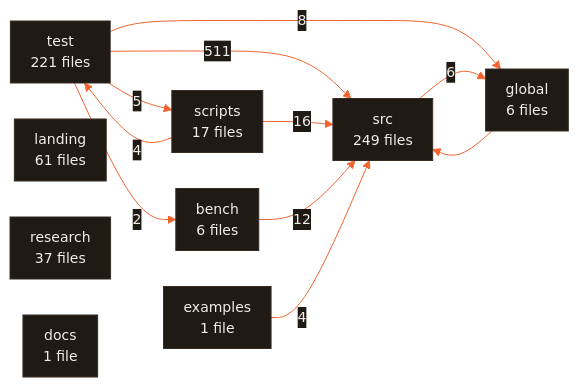
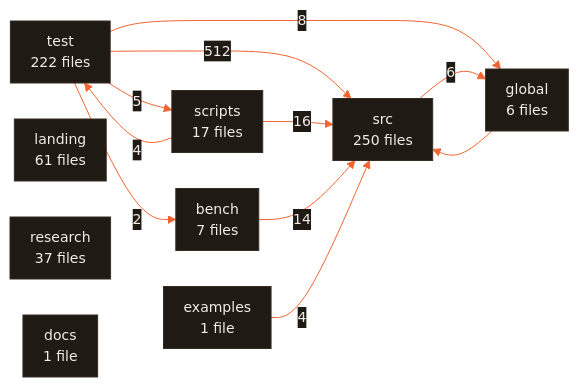
The diagram in ARCHITECTURE.md (CodeWithJuber/forgekit), drawn with Mermaid before and after one commit. The commit also changed 15 other files, not shown here.

````diff
--- a/ARCHITECTURE.md
+++ b/ARCHITECTURE.md
@@ -680,23 +680,23 @@
 ```mermaid
 %%{init: {'theme':'base','themeVariables':{'primaryColor':'#201a15','primaryTextColor':'#f2ede7','primaryBorderColor':'#372c22','lineColor':'#f26430','secondaryColor':'#272019','tertiaryColor':'#171310','edgeLabelBackground':'#201a15','clusterBkg':'#171310','clusterBorder':'#4a3b2e','fontFamily':'ui-sans-serif, system-ui, sans-serif','fontSize':'14px'},'flowchart':{'curve':'basis','padding':10,'nodeSpacing':36,'rankSpacing':44}}}%%
 flowchart LR
-  src["src<br/>249 files"]
-  test["test<br/>221 files"]
+  src["src<br/>250 files"]
+  test["test<br/>222 files"]
   landing["landing<br/>61 files"]
   research["research<br/>37 files"]
   scripts["scripts<br/>17 files"]
-  bench["bench<br/>6 files"]
+  bench["bench<br/>7 files"]
   global["global<br/>6 files"]
   docs["docs<br/>1 file"]
   examples["examples<br/>1 file"]
-  test -- 511 --> src
+  test -- 512 --> src
   scripts -- 16 --> src
-  bench -- 12 --> src
+  bench -- 14 --> src
   test -- 8 --> global
   src -- 6 --> global
   test -- 5 --> scripts
   examples -- 4 --> src
   scripts -- 4 --> test
   test -- 2 --> bench
   global --> src
 ```
````
